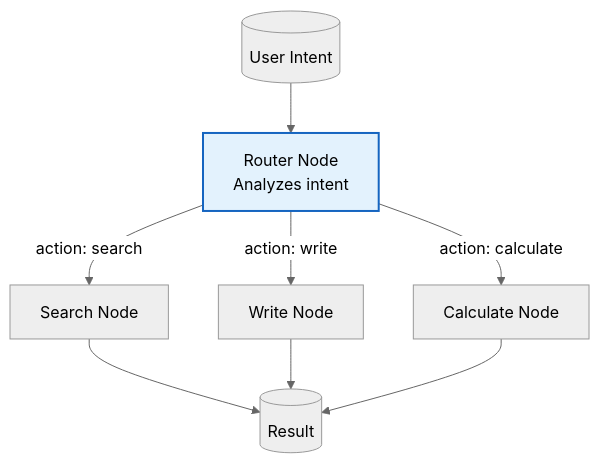
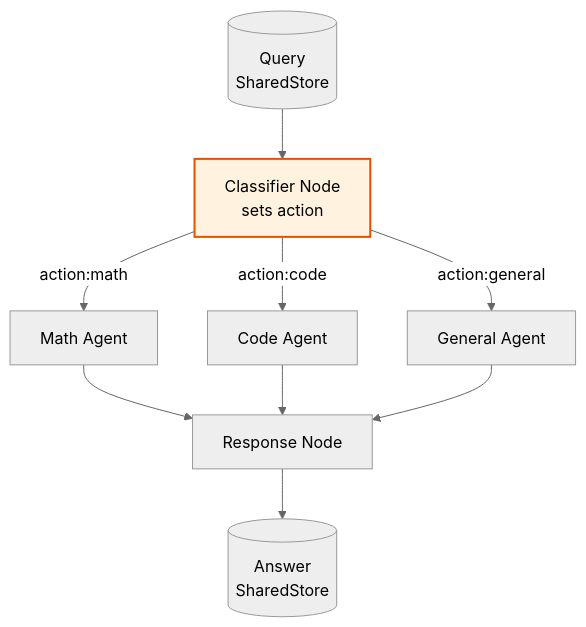
Before and after one commit to EzekTec-Inc/AgentFlow: the diagram in examples/ROUTING.md, drawn with Mermaid (neutral theme). The commit also changed other lines of this file and 23 other files, not shown here.

````diff
--- a/examples/ROUTING.md
+++ b/examples/ROUTING.md
@@ -18,13 +28,14 @@
 ```mermaid
 graph TD
-    Input[(User Intent)] --> Router[Router Node<br>Analyzes intent]
-    Router -->|action: search| Search[Search Node]
-    Router -->|action: write| Write[Write Node]
-    Router -->|action: calculate| Calc[Calculate Node]
-    Search --> End[(Result)]
-    Write --> End
-    Calc --> End
-    
-    classDef route fill:#e3f2fd,stroke:#1565c0,stroke-width:2px;
-    class Router route;
+    Query[(Query<br>SharedStore)] --> Classifier[Classifier Node<br>sets action]
+    Classifier -->|action:math| Math[Math Agent]
+    Classifier -->|action:code| Code[Code Agent]
+    Classifier -->|action:general| General[General Agent]
+    Math --> Resp[Response Node]
+    Code --> Resp
+    General --> Resp
+    Resp --> Output[(Answer<br>SharedStore)]
+
+    classDef routing fill:#fff3e0,stroke:#e65100,stroke-width:2px;
+    class Classifier routing;
 ```
````
